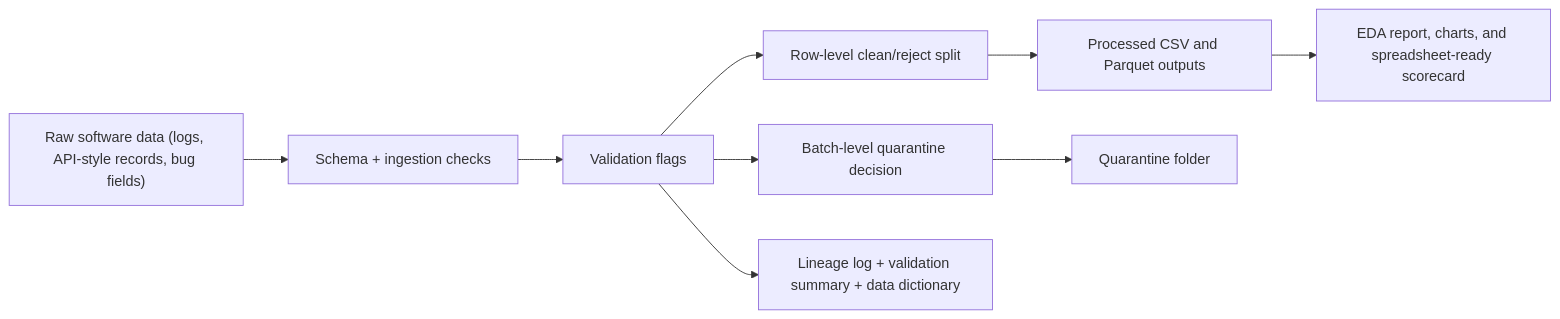
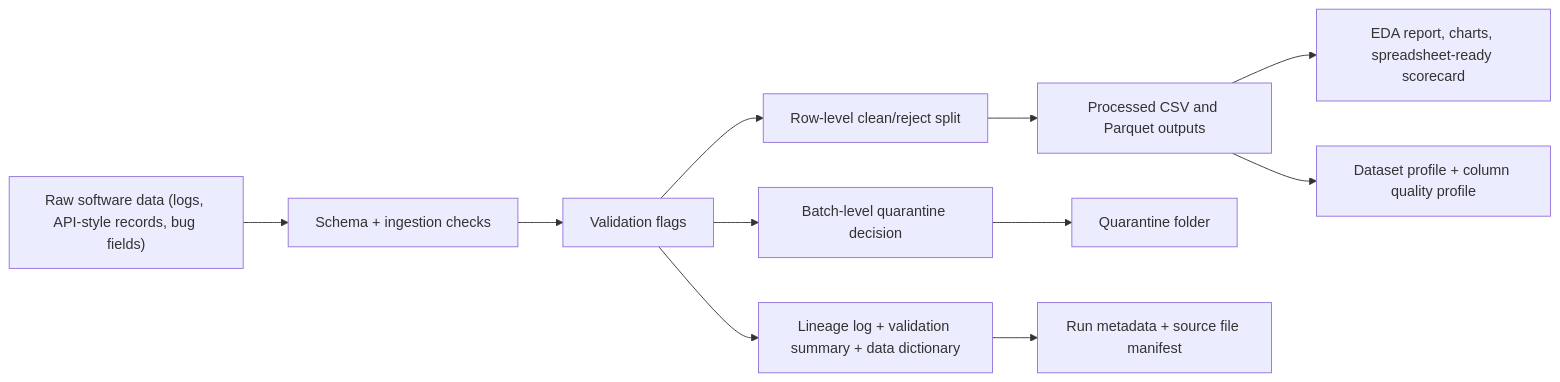
The diagram in README.md (dannykivoto/data-wrangling-qa-pipeline), drawn with Mermaid before and after one commit. The commit also changed other lines of this file and 22 other files, not shown here.

````diff
--- a/README.md
+++ b/README.md
@@ -36,11 +39,13 @@
 ```mermaid
 flowchart LR
     A["Raw software data (logs, API-style records, bug fields)"] --> B["Schema + ingestion checks"]
     B --> C["Validation flags"]
     C --> D["Row-level clean/reject split"]
     C --> E["Batch-level quarantine decision"]
     D --> F["Processed CSV and Parquet outputs"]
     E --> G["Quarantine folder"]
     C --> H["Lineage log + validation summary + data dictionary"]
-    F --> I["EDA report, charts, and spreadsheet-ready scorecard"]
+    F --> I["EDA report, charts, spreadsheet-ready scorecard"]
+    H --> J["Run metadata + source file manifest"]
+    F --> K["Dataset profile + column quality profile"]
 ```
````
